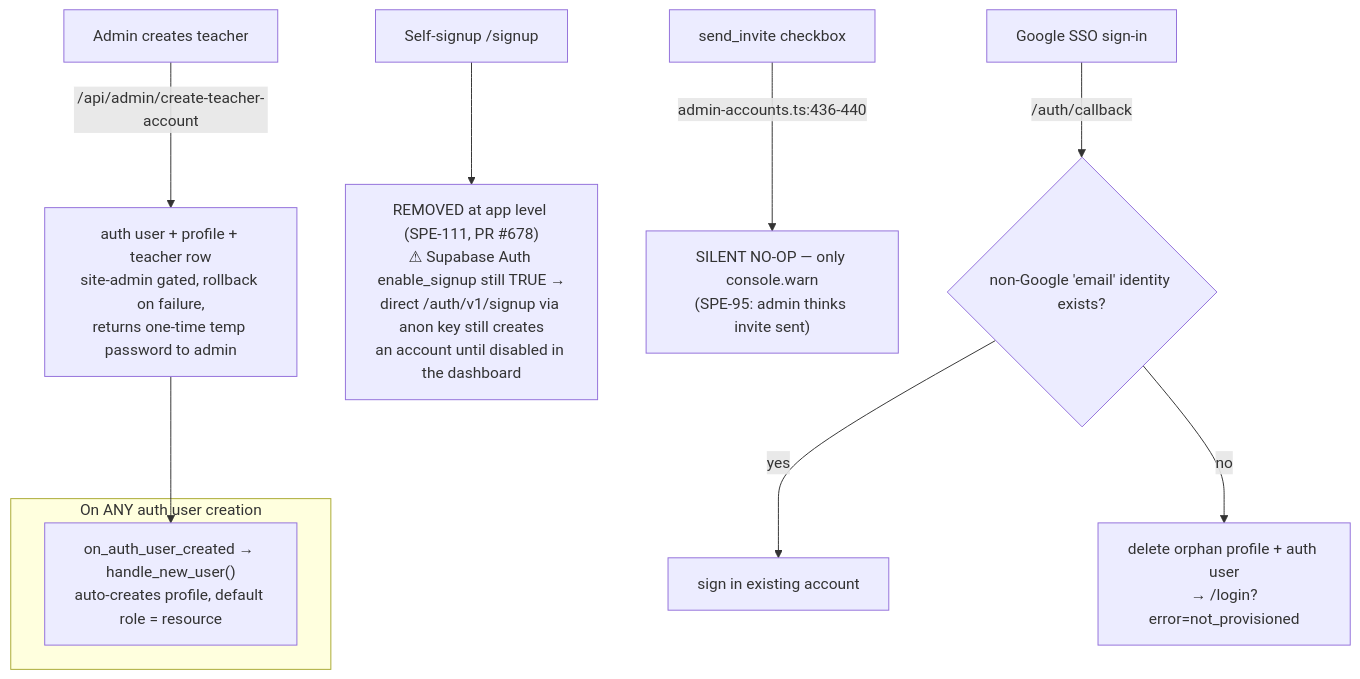
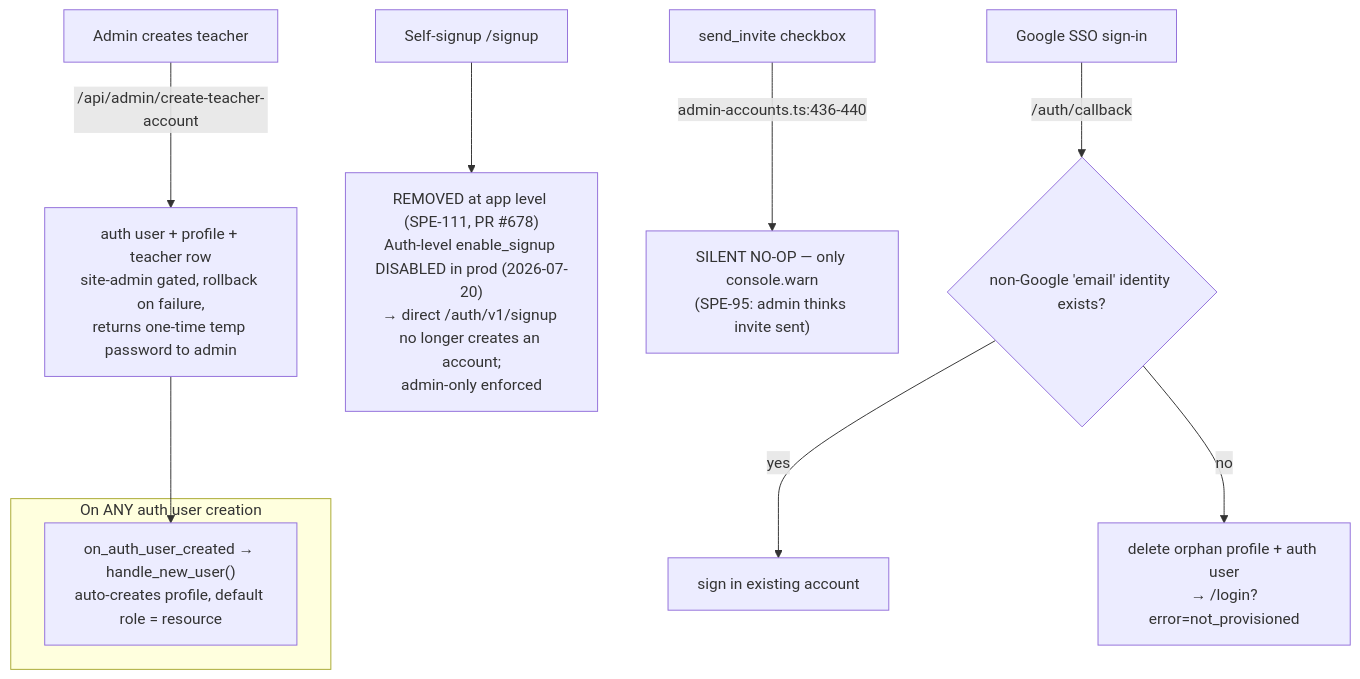
Before and after one commit to bstewart2255/speddy: the fourth of 8 diagrams in docs/ARCHITECTURE.md, drawn with Mermaid. The commit also changed other lines of this file and 1 other file, not shown here.

First line of the commit message:
docs: record prod enable_signup disabled (SPE-111 residual closed)

````diff
--- a/docs/ARCHITECTURE.md
+++ b/docs/ARCHITECTURE.md
@@ -268,17 +268,17 @@
 ```mermaid
 flowchart TD
     subgraph Trigger["On ANY auth user creation"]
       T["on_auth_user_created → handle_new_user()<br/>auto-creates profile, default role = resource"]
     end
 
     A["Admin creates teacher"] -->|"/api/admin/create-teacher-account"| OK["auth user + profile + teacher row<br/>site-admin gated, rollback on failure,<br/>returns one-time temp password to admin"]
     OK --> T
 
-    B["Self-signup /signup"] --> GONE["REMOVED at app level (SPE-111, PR #678)<br/>⚠ Supabase Auth enable_signup still TRUE →<br/>direct /auth/v1/signup via anon key still creates<br/>an account until disabled in the dashboard"]
+    B["Self-signup /signup"] --> GONE["REMOVED at app level (SPE-111, PR #678)<br/>Auth-level enable_signup DISABLED in prod (2026-07-20)<br/>→ direct /auth/v1/signup no longer creates an account;<br/>admin-only enforced"]
 
     C["send_invite checkbox"] -->|"admin-accounts.ts:436-440"| NOOP["SILENT NO-OP — only console.warn<br/>(SPE-95: admin thinks invite sent)"]
 
     G["Google SSO sign-in"] -->|"/auth/callback"| GATE{"non-Google 'email' identity exists?"}
     GATE -->|yes| GIN["sign in existing account"]
     GATE -->|no| GDEL["delete orphan profile + auth user<br/>→ /login?error=not_provisioned"]
 ```
````
